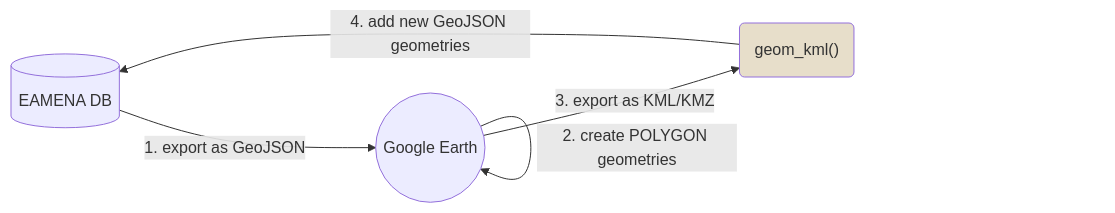
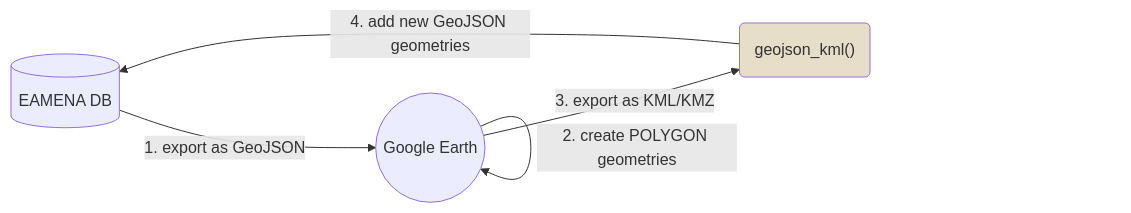
One commit to eamena-project/eamenaR changed the diagram in README.md. Above: the diagram before and after it, drawn with Mermaid. The commit also changed other lines of this file and 10 other files, not shown here.

````diff
--- a/README.md
+++ b/README.md
@@ -101,8 +101,8 @@
 ```mermaid
 flowchart LR
     A[(EAMENA DB)] --1. export as GeoJSON--> B[GeoJSON file];
     B((Google Earth)) --2. create POLYGON geometries--> B;
-    B --3. export as KML/KMZ--> C("geom_kml()"):::eamenaRfunction;
+    B --3. export as KML/KMZ--> C("geojson_kml()"):::eamenaRfunction;
     C --4. add new GeoJSON geometries--> A;
     classDef eamenaRfunction fill:#e7deca;
 ```
````
